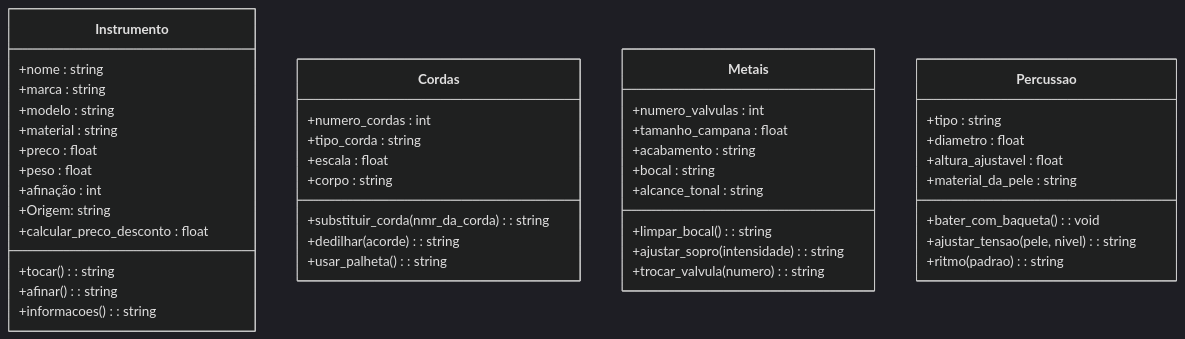
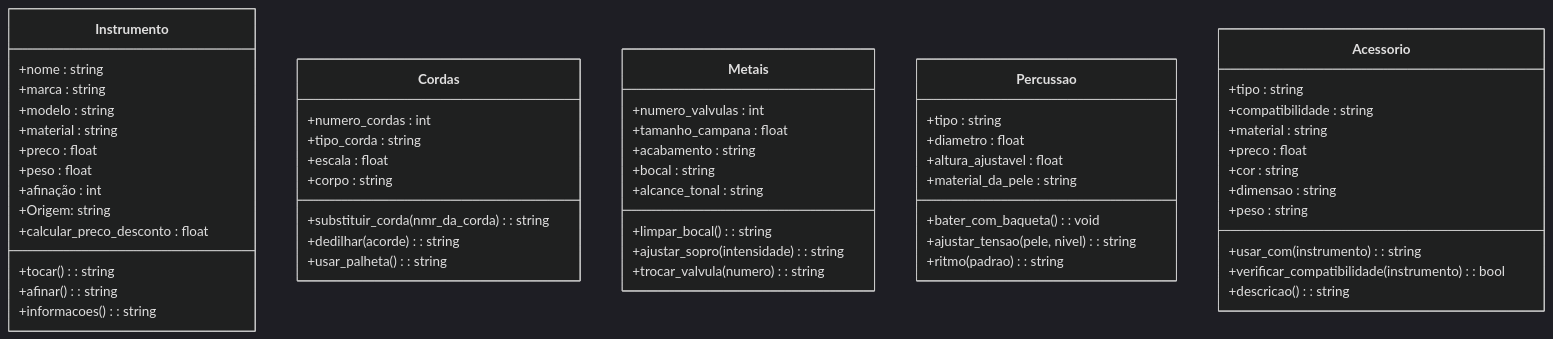
One commit to JoaoVitorCaetano/PooJavaCeub-Grupo8 changed the diagram in Instrumento.md. Above: the diagram before and after it, drawn with Mermaid (dark theme).

Commit message:
criar classe Acessório
criando a classe dos acessorios com seus atributos e métodos.

````diff
--- a/Instrumento.md
+++ b/Instrumento.md
@@ -1,54 +1,68 @@
 ```mermaid
   classDiagram
 
   class Instrumento{
     +nome : string
     +marca : string
     +modelo : string
     +material : string
     +preco : float
     +peso : float
     +afinação : int
     +Origem: string
 
     +tocar() : string
     +afinar() : string
     +informacoes() : string
     +calcular_preco_desconto : float
   }
 
   class Cordas{
     +numero_cordas : int
     +tipo_corda : string
     +escala : float
     +corpo : string
 
     +substituir_corda(nmr_da_corda) : string
     +dedilhar(acorde) : string
     +usar_palheta() : string
   }
 
   class Metais{
     +numero_valvulas : int
     +tamanho_campana : float
     +acabamento : string
     +bocal : string
     +alcance_tonal : string
 
     +limpar_bocal() : string
     +ajustar_sopro(intensidade) : string
     +trocar_valvula(numero) : string
   }
 
   class Percussao {
     +tipo : string
     +diametro : float
     +altura_ajustavel : float
     +material_da_pele : string
 
     +bater_com_baqueta() : void
     +ajustar_tensao(pele, nivel) : string
     +ritmo(padrao) : string
   }
 
+  class Acessorio {
+    +tipo : string
+    +compatibilidade : string
+    +material : string
+    +preco : float
+    +cor : string
+    +dimensao : string
+    +peso : string
+
+    +usar_com(instrumento) : string
+    +verificar_compatibilidade(instrumento) : bool
+    +descricao() : string
+  }
+
 ```
````
